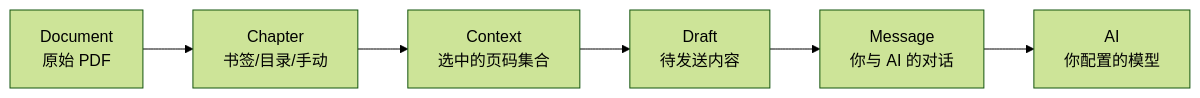
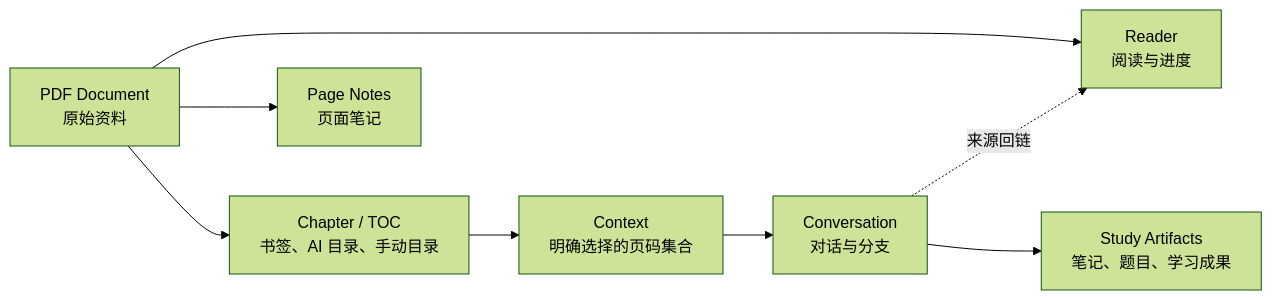
The first of 2 diagrams in README.md (beichen126/ai-education-reader), drawn with Mermaid (forest theme) before and after one commit. The commit also changed other lines of this file and 8 other files, not shown here.

Commit message:
docs: document v1.3 reader knowledge links

````diff
--- a/README.md
+++ b/README.md
@@ -52,8 +46,10 @@
 ```mermaid
 flowchart LR
-  A[Document<br/>原始 PDF] --> B[Chapter<br/>书签/目录/手动]
-  B --> C[Context<br/>选中的页码集合]
-  C --> D[Draft<br/>待发送内容]
-  D --> E[Message<br/>你与 AI 的对话]
-  E --> F[AI<br/>你配置的模型]
+  D[PDF Document<br/>原始资料] --> R[Reader<br/>阅读与进度]
+  D --> C[Chapter / TOC<br/>书签、AI 目录、手动目录]
+  D --> N[Page Notes<br/>页面笔记]
+  C --> X[Context<br/>明确选择的页码集合]
+  X --> M[Conversation<br/>对话与分支]
+  M --> A[Study Artifacts<br/>笔记、题目、学习成果]
+  M -. 来源回链 .-> R
 ```
````
